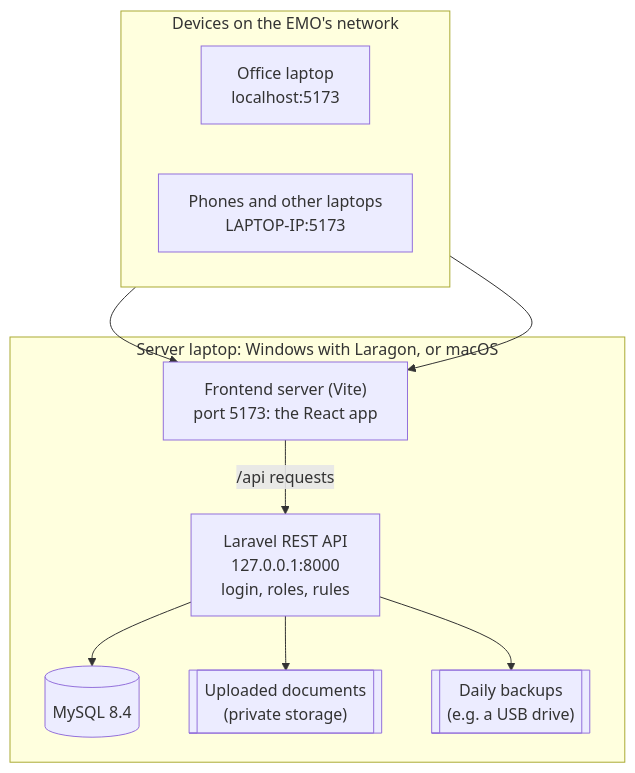
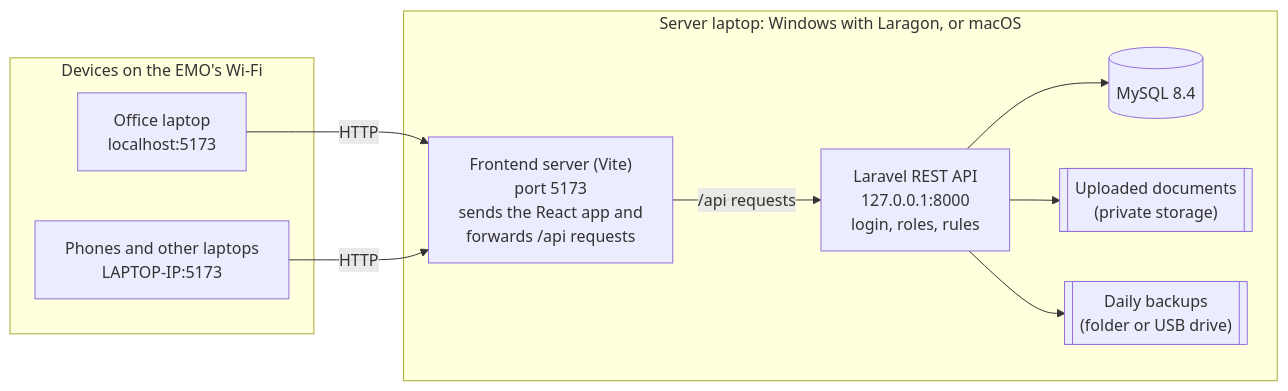
Before and after one commit to XyroneKyleYlanan/EMO-Tracker: the first of 6 diagrams in docs/paper/CAPSTONE_PAPER_REFERENCE.md, drawn with Mermaid. The commit also changed other lines of this file and 54 other files, not shown here.

Commit message:
Review Chapter 3 diagrams and appendix screenshots: redraw diagrams, retake screenshots in role folders, add descriptions

````diff
--- a/docs/paper/CAPSTONE_PAPER_REFERENCE.md
+++ b/docs/paper/CAPSTONE_PAPER_REFERENCE.md
@@ -324,21 +324,20 @@
 ```mermaid
-flowchart TB
-    subgraph Devices["Devices on the EMO's network"]
-        direction LR
+flowchart LR
+    subgraph Devices["Devices on the EMO's Wi-Fi"]
         Office["Office laptop<br/>localhost:5173"]
         Others["Phones and other laptops<br/>LAPTOP-IP:5173"]
     end
     subgraph Server["Server laptop: Windows with Laragon, or macOS"]
-        Vite["Frontend server (Vite)<br/>port 5173: the React app"]
+        Vite["Frontend server (Vite)<br/>port 5173<br/>sends the React app and<br/>forwards /api requests"]
         API["Laravel REST API<br/>127.0.0.1:8000<br/>login, roles, rules"]
         DB[("MySQL 8.4")]
         Files[["Uploaded documents<br/>(private storage)"]]
-        Backups[["Daily backups<br/>(e.g. a USB drive)"]]
+        Backups[["Daily backups<br/>(folder or USB drive)"]]
     end
-    Office --> Vite
-    Others --> Vite
+    Office -- "HTTP" --> Vite
+    Others -- "HTTP" --> Vite
     Vite -- "/api requests" --> API
     API --> DB
     API --> Files
     API --> Backups
 ```
````
